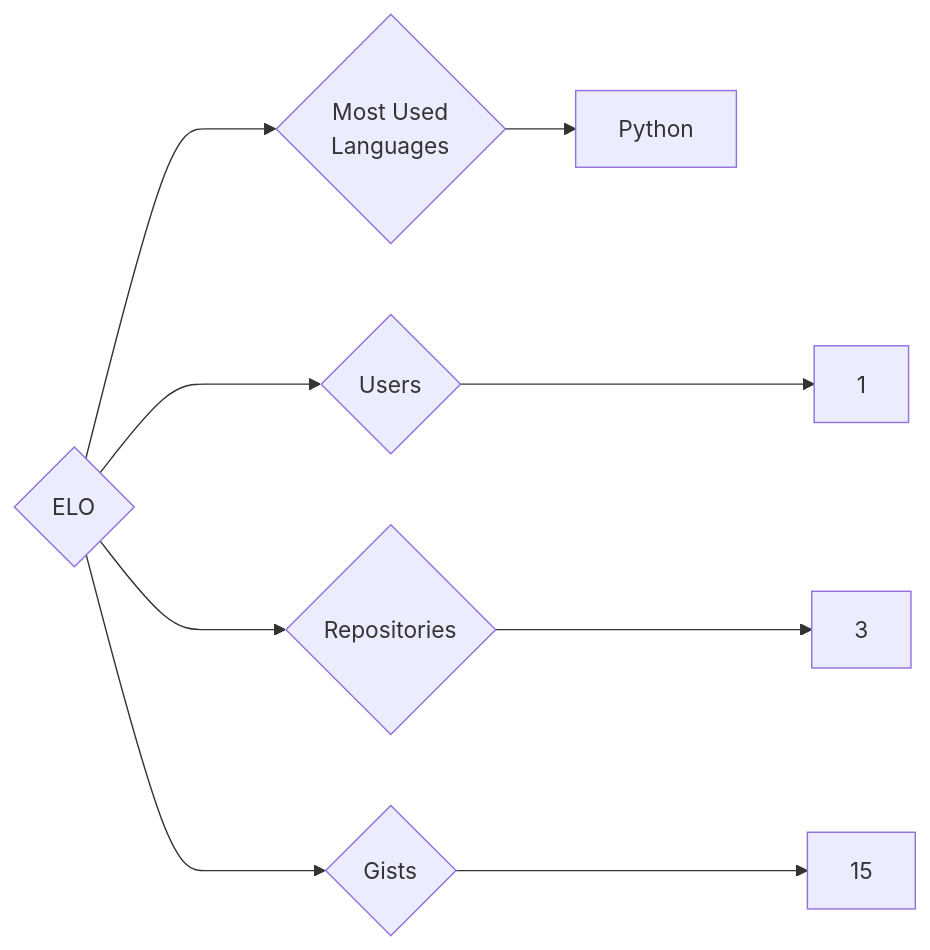
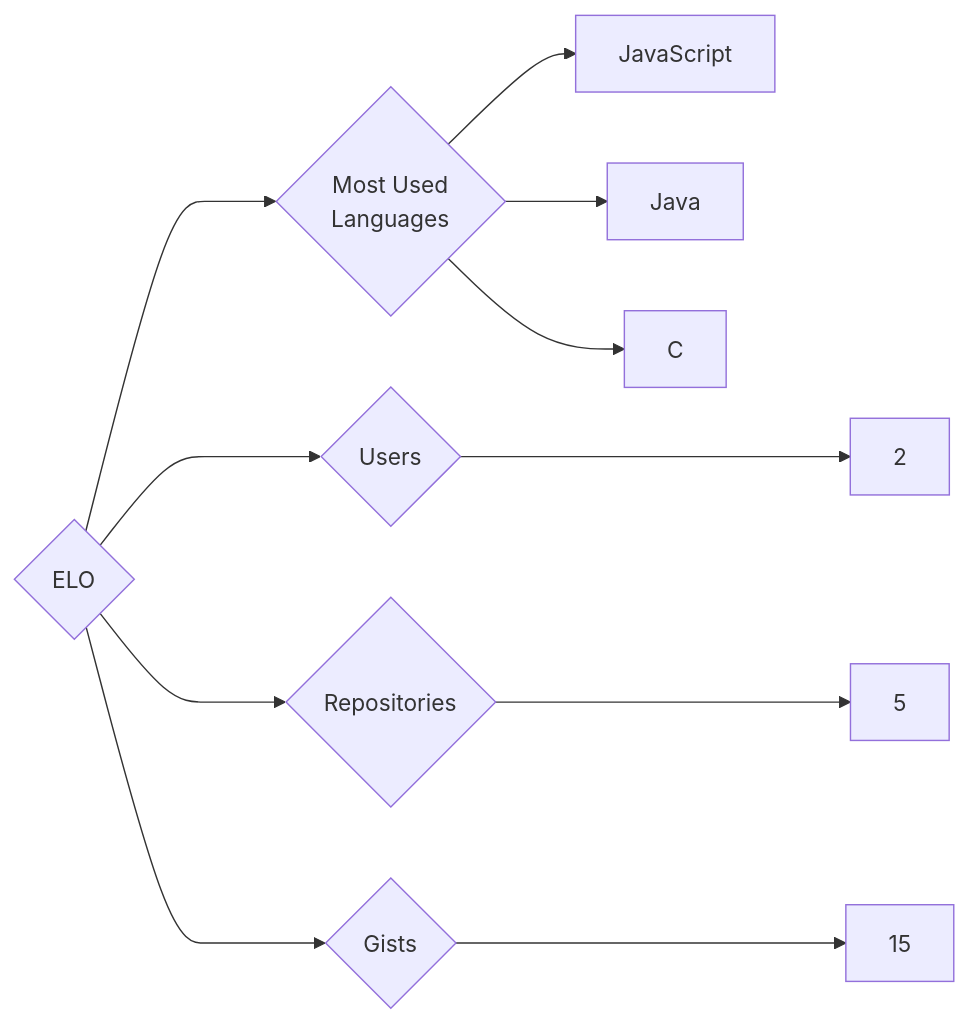
The diagram in targets/ELO/README.md (trickest/insiders), drawn with Mermaid before and after one commit. The commit also changed 1084 other files, not shown here.

````diff
--- a/targets/ELO/README.md
+++ b/targets/ELO/README.md
@@ -3,9 +3,11 @@
 ```mermaid
 graph LR
 COMPANY_NAME{ELO}
-COMPANY_NAME ---> U{Users} ---> UN[1]
-COMPANY_NAME ---> R{Repositories} ---> RN[3]
+COMPANY_NAME ---> U{Users} ---> UN[2]
+COMPANY_NAME ---> R{Repositories} ---> RN[5]
 COMPANY_NAME ---> G{Gists} ---> GN[15]
 COMPANY_NAME ---> ML{Most Used<br>Languages}
-ML --> Python[Python]
+ML --> JavaScript[JavaScript]
+ML --> Java[Java]
+ML --> C[C]
 ```
````
